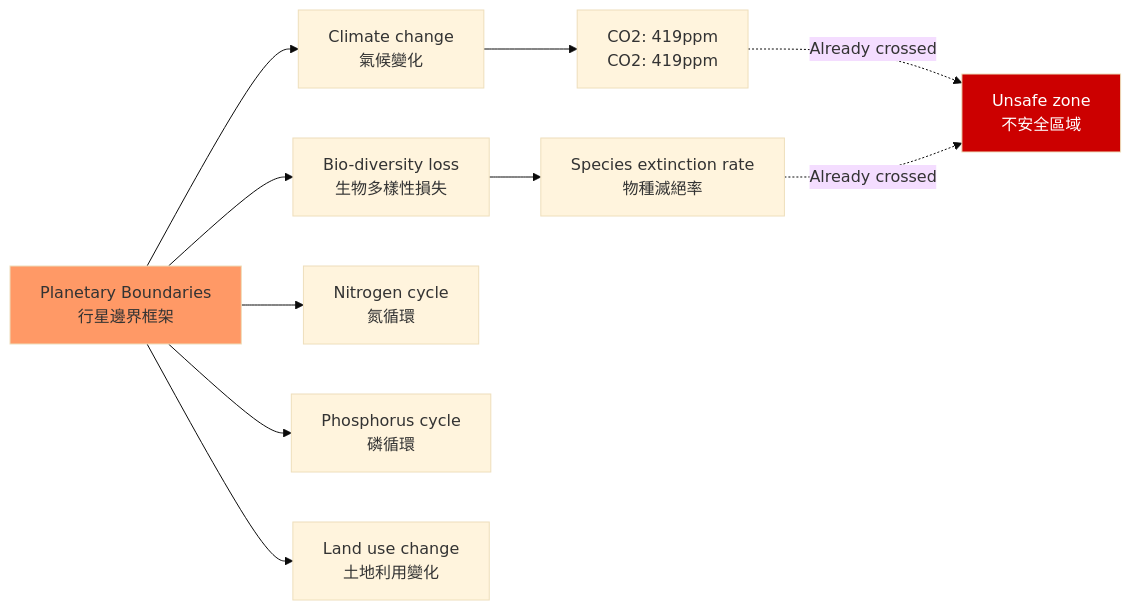
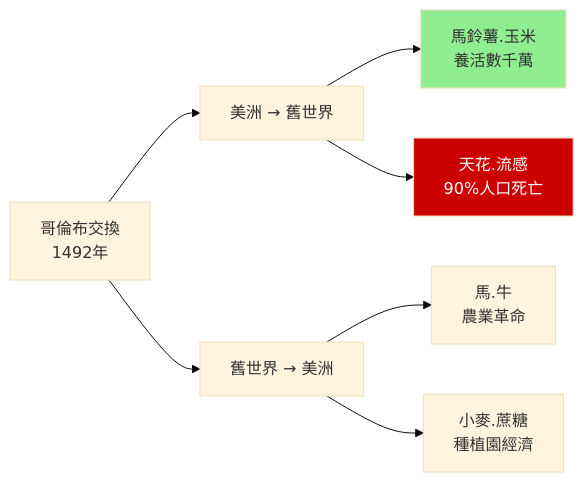
One commit to yip-lgtm/HKU-Harvard-History-Self-Study changed the first of 5 diagrams in 01_HKU_Courses/HIST2215_Global_Environmental_History.md. Above: the diagram before and after it, drawn with Mermaid (base theme). The commit also changed other lines of this file and 5 other files, not shown here.

````diff
--- a/01_HKU_Courses/HIST2215_Global_Environmental_History.md
+++ b/01_HKU_Courses/HIST2215_Global_Environmental_History.md
@@ -60,17 +254,14 @@
 ```mermaid
 graph LR
-    A[Planetary Boundaries<br/>行星邊界框架] --> B[Climate change<br/>氣候變化]
-    A --> C[Bio-diversity loss<br/>生物多樣性損失]
-    A --> D[Nitrogen cycle<br/>氮循環]
-    A --> E[Phosphorus cycle<br/>磷循環]
-    A --> F[Land use change<br/>土地利用變化]
+    A["哥倫布交換<br/>1492年"] --> B["美洲 → 舊世界"]
+    A --> C["舊世界 → 美洲"]
     
-    B --> B1[CO2: 419ppm<br/>CO2: 419ppm]
-    B1 -.->|Already crossed| G[Unsafe zone<br/>不安全區域]
+    B --> B1["馬鈴薯.玉米<br/>養活數千萬"]
+    B --> B2["天花.流感<br/>90%人口死亡"]
     
-    C --> C1[Species extinction rate<br/>物種滅絕率]
-    C1 -.->|Already crossed| G
+    C --> C1["馬.牛<br/>農業革命"]
+    C --> C2["小麥.蔗糖<br/>種植園經濟"]
     
-    style A fill:#f96
-    style G fill:#c00,color:#fff
+    style B1 fill:#90EE90
+    style B2 fill:#c00,color:#fff
 ```
````
